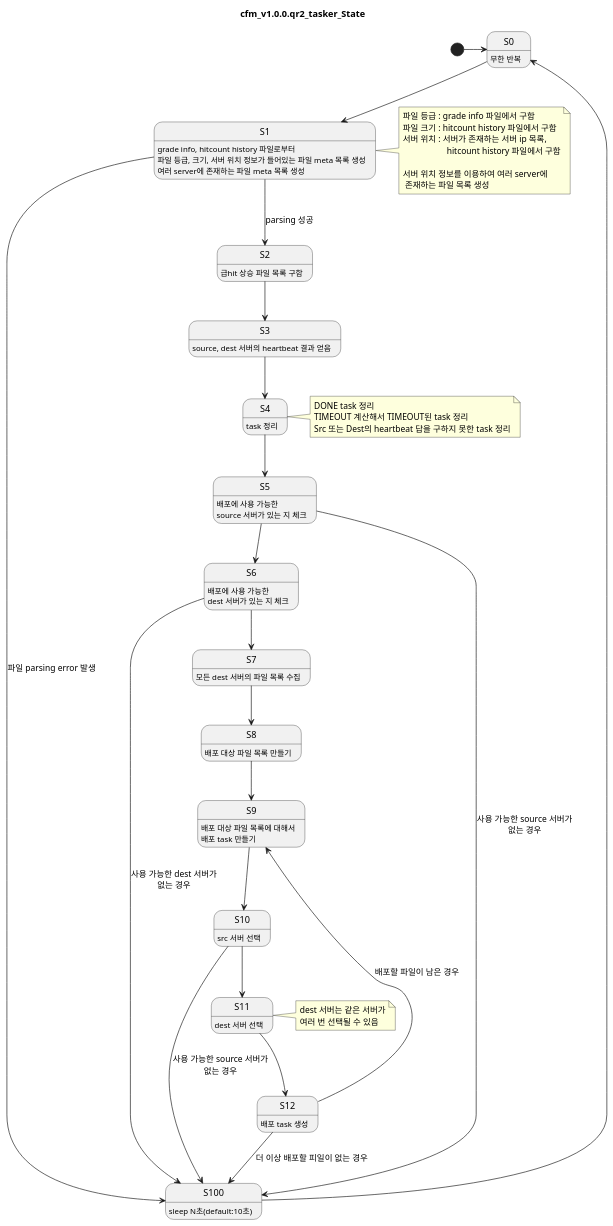
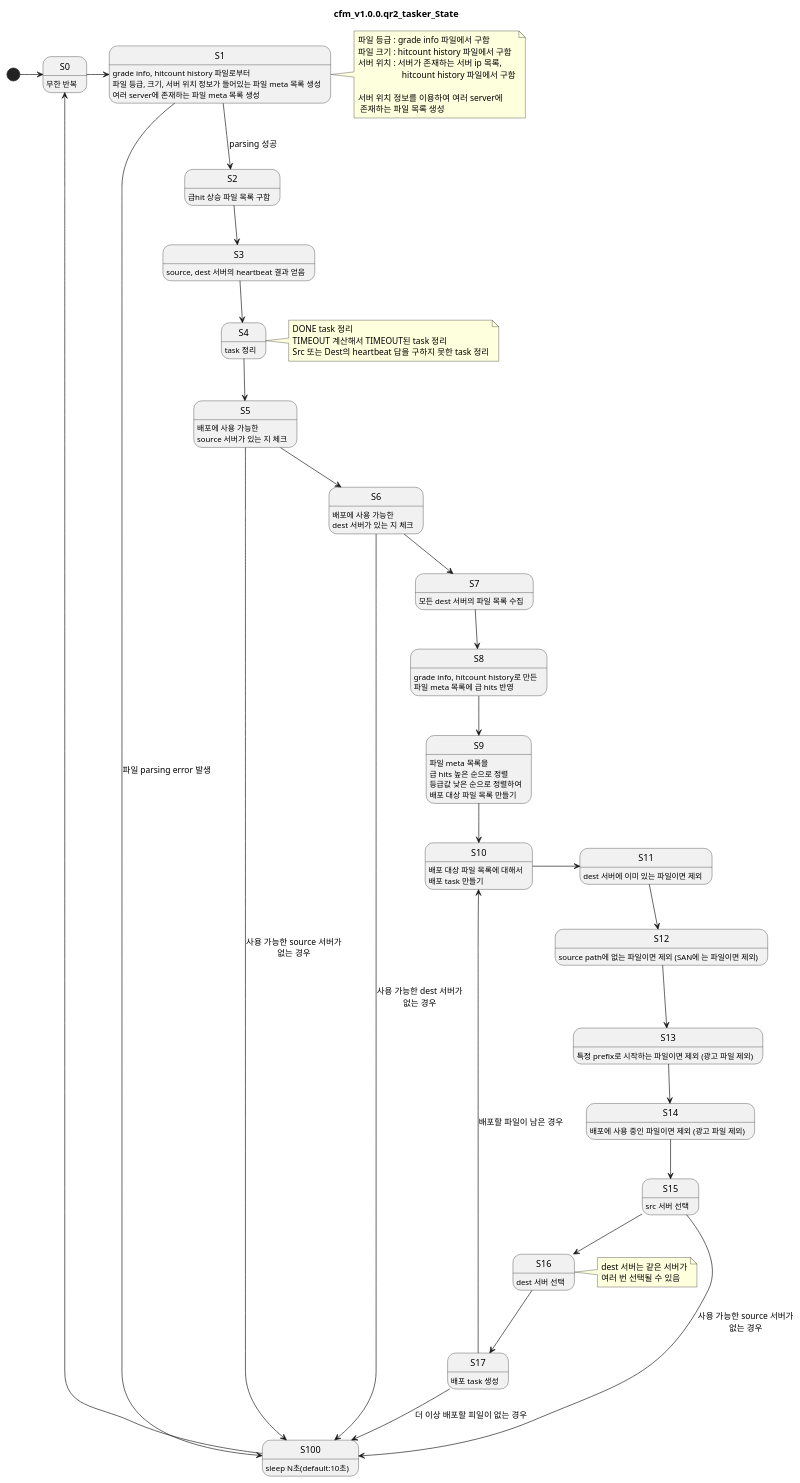
The second of 9 diagrams in doc/SEQUENCE.puml (castisdev/cfm), drawn with PlantUML before and after one commit. The commit also changed other lines of this file and 24 other files, not shown here.

```diff
--- a/doc/SEQUENCE.puml
+++ b/doc/SEQUENCE.puml
@@ -122,72 +122,68 @@
 @startuml
 title cfm_v1.0.0.qr2_tasker_State
 hide empty description
 
-[*]-> S0
+[*] -> S0
 S0 : 무한 반복
-S0 --> S1
 S1 : grade info, hitcount history 파일로부터\n파일 등급, 크기, 서버 위치 정보가 들어있는 파일 meta 목록 생성\n여러 server에 존재하는 파일 meta 목록 생성
 note right
 	파일 등급 : grade info 파일에서 구함
 	파일 크기 : hitcount history 파일에서 구함
 	서버 위치 : 서버가 존재하는 서버 ip 목록,
                      hitcount history 파일에서 구함
 
 	서버 위치 정보를 이용하여 여러 server에
   존재하는 파일 목록 생성
 end note
-S1 --> S100 : 파일 parsing error 발생
-
-S1 --> S2 : parsing 성공
 S2 : 급hit 상승 파일 목록 구함
-
-S2 --> S3
 S3 : source, dest 서버의 heartbeat 결과 얻음
-
-S3 --> S4
 S4: task 정리
 note right
 	DONE task 정리
 	TIMEOUT 계산해서 TIMEOUT된 task 정리
 	Src 또는 Dest의 heartbeat 답을 구하지 못한 task 정리
 end note
-
-S4 --> S5
 S5 : 배포에 사용 가능한\nsource 서버가 있는 지 체크
-S5 --> S100 : 사용 가능한 source 서버가\n없는 경우
-
-S5 --> S6
 S6 : 배포에 사용 가능한\ndest 서버가 있는 지 체크
-S6 -> S100 : 사용 가능한 dest 서버가\n없는 경우
-
-S6 --> S7
 S7 : 모든 dest 서버의 파일 목록 수집
-
-S7 --> S8
-S8 : 배포 대상 파일 목록 만들기
-
-S8 --> S9
-S9 : 배포 대상 파일 목록에 대해서\n배포 task 만들기
-
-S9 --> S10
-S10 : src 서버 선택
-
-S10 --> S100 : 사용 가능한 source 서버가\n없는 경우
-
-S10 --> S11
-S11 : dest 서버 선택
+S8 : grade info, hitcount history로 만든\n파일 meta 목록에 급 hits 반영
+S9 : 파일 meta 목록을\n급 hits 높은 순으로 정렬\n등급값 낮은 순으로 정렬하여\n배포 대상 파일 목록 만들기
+S10 : 배포 대상 파일 목록에 대해서\n배포 task 만들기
+S11: dest 서버에 이미 있는 파일이면 제외
+S12: source path에 없는 파일이면 제외 (SAN에 는 파일이면 제외)
+S13: 특정 prefix로 시작하는 파일이면 제외 (광고 파일 제외)
+S14: 배포에 사용 중인 파일이면 제외 (광고 파일 제외)
+S15 : src 서버 선택
+S16 : dest 서버 선택
 note right
  dest 서버는 같은 서버가
  여러 번 선택될 수 있음
 end note
+S17 : 배포 task 생성
+S100: sleep N초(default:10초)
 
+S0 -> S1
+S1 -> S100 : 파일 parsing error 발생
+S1 --> S2 : parsing 성공
+S2 --> S3
+S3 --> S4
+S4 --> S5
+S5 --> S100 : 사용 가능한 source 서버가\n없는 경우
+S5 --> S6
+S6 --> S100 : 사용 가능한 dest 서버가\n없는 경우
+S6 --> S7
+S7 --> S8
+S8 --> S9
+S9 --> S10
+S10 -> S11
 S11 --> S12
-S12 : 배포 task 생성
-
-S12 --> S9 : 배포할 파일이 남은 경우
-
-S12 --> S100 : 더 이상 배포할 피일이 없는 경우
-
+S12 --> S13
+S13 --> S14
+S14 --> S15
+S15 --> S100 : 사용 가능한 source 서버가\n없는 경우
+S15 --> S16
+S16 --> S17
+S17 --> S10 : 배포할 파일이 남은 경우
+S17 --> S100 : 더 이상 배포할 피일이 없는 경우
 S100 -> S0
-S100: sleep N초(default:10초)
 @enduml
```
